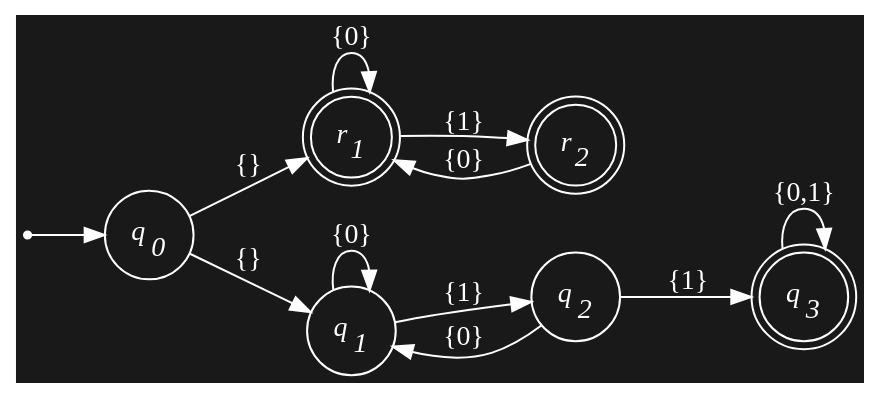
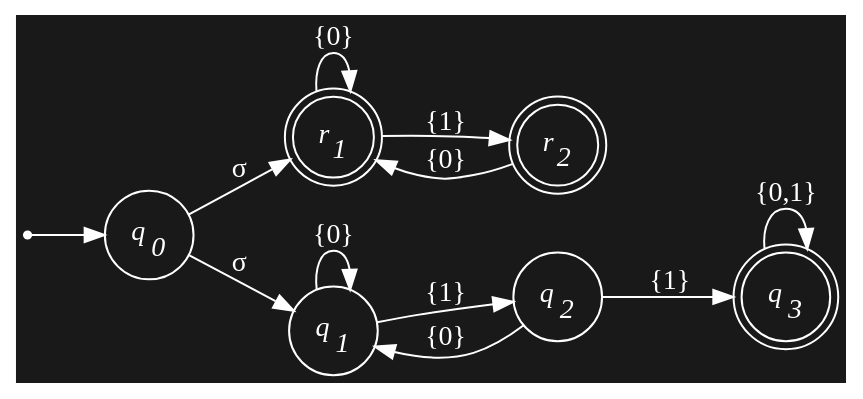
The seventh of 14 diagrams in qmd/src/closures.qmd (cd-public/compute), drawn with Graphviz before and after one commit. The commit also changed other lines of this file and 24 other files, not shown here.

````diff
--- a/qmd/src/closures.qmd
+++ b/qmd/src/closures.qmd
@@ -321,30 +322,30 @@
 ```{dot filename="Finite Automata"}
 //| fig-width: 50%
 //| echo: false
 digraph finite_automata {
   rankdir=LR; bgcolor="#191919";
   node [fontcolor = "#ffffff", color = "#ffffff"]
   edge [color = "#ffffff",fontcolor = "#ffffff"]
 
   node [shape=circle];
   r0 [label="",shape=point]; 
   r1 [label=<<I>r<SUB>1</SUB></I>>, shape=doublecircle];
   r2 [label=<<I>r<SUB>2</SUB></I>>, shape=doublecircle]; 
   q0 [label=<<I>q<SUB>0</SUB></I>>,]; 
   q1 [label=<<I>q<SUB>1</SUB></I>>];
   q2 [label=<<I>q<SUB>2</SUB></I>>];
   q3 [label=<<I>q<SUB>3</SUB></I>>, shape=doublecircle]; 
 
   r0 -> q0
-  q0 -> r1 [label="{}"];
-  q0 -> q1 [label="{}"];
+  q0 -> r1 [label="σ"];
+  q0 -> q1 [label="σ"];
   q1 -> q1 [label="{0}"];
   q1 -> q2 [label="{1}"];
   q2 -> q1 [label="{0}"];
   q2 -> q3 [label="{1}"];
   q3 -> q3 [label="{0,1}"];
   r1 -> r1 [label="{0}"];
   r1 -> r2 [label="{1}"];
   r2 -> r1 [label="{0}"];
 }
 ```
````
